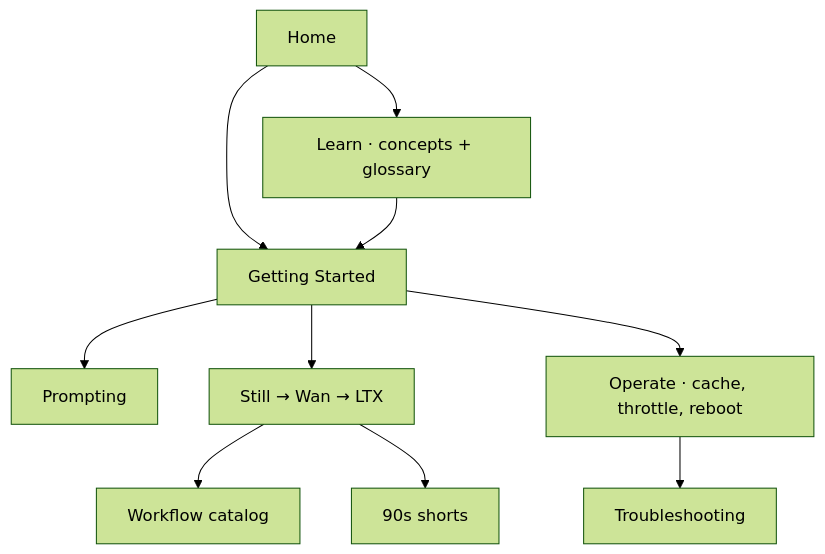
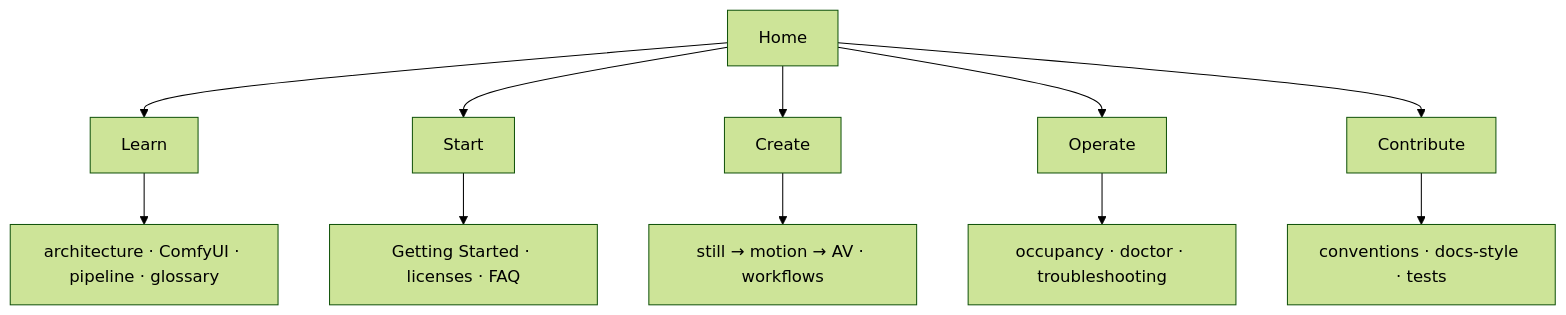
The third of 3 diagrams in docs/index.md (toxicoder/ez-comfy-stack), drawn with Mermaid (forest theme) before and after one commit. The commit also changed other lines of this file and 64 other files, not shown here.

````diff
--- a/docs/index.md
+++ b/docs/index.md
@@ -138,12 +139,13 @@
 ```mermaid
 flowchart TB
-  Home["Home"] --> Learn["Learn · concepts + glossary"]
-  Home --> GS["Getting Started"]
-  Learn --> GS
-  GS --> Prompt["Prompting"]
-  GS --> Vis["Still → Wan → LTX"]
-  Vis --> Catalog["Workflow catalog"]
-  Vis --> Shorts["90s shorts"]
-  GS --> Operate["Operate · cache, throttle, reboot"]
-  Operate --> TS["Troubleshooting"]
+  Home["Home"] --> Learn["Learn"]
+  Home --> Start["Start"]
+  Home --> Create["Create"]
+  Home --> Operate["Operate"]
+  Home --> Contribute["Contribute"]
+  Learn --> L1["architecture · ComfyUI · pipeline · glossary"]
+  Start --> S1["Getting Started · licenses · FAQ"]
+  Create --> C1["still → motion → AV · workflows"]
+  Operate --> O1["occupancy · doctor · troubleshooting"]
+  Contribute --> N1["conventions · docs-style · tests"]
 ```
````
